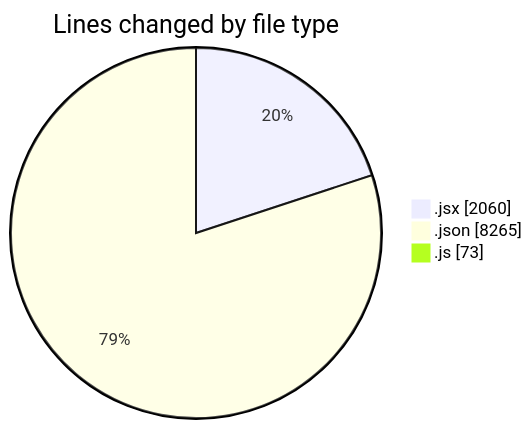
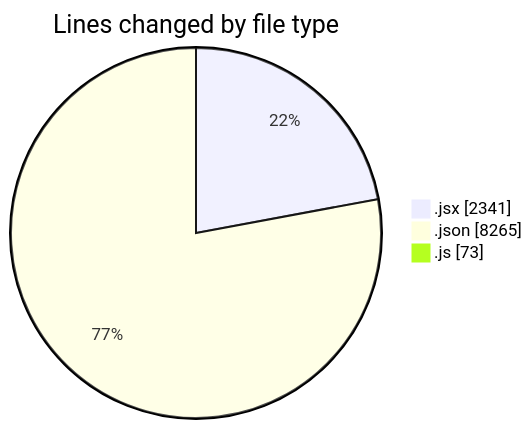
The first of 2 diagrams in 2025-12-23/nxtqube_webapp/README.md (nxtqubesakshisongat/code-tracking), drawn with Mermaid before and after one commit. The commit also changed other lines of this file and 1 other file, not shown here.

````diff
--- a/2025-12-23/nxtqube_webapp/README.md
+++ b/2025-12-23/nxtqube_webapp/README.md
@@ -24,7 +24,7 @@
 ```mermaid
 pie showData
 title Lines changed by file type
-".jsx" : 2060
+".jsx" : 2341
 ".json" : 8265
 ".js" : 73
 ```
````
